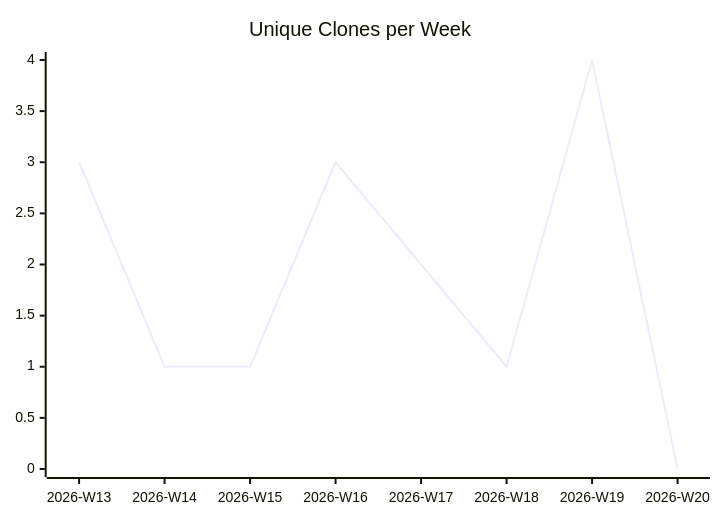
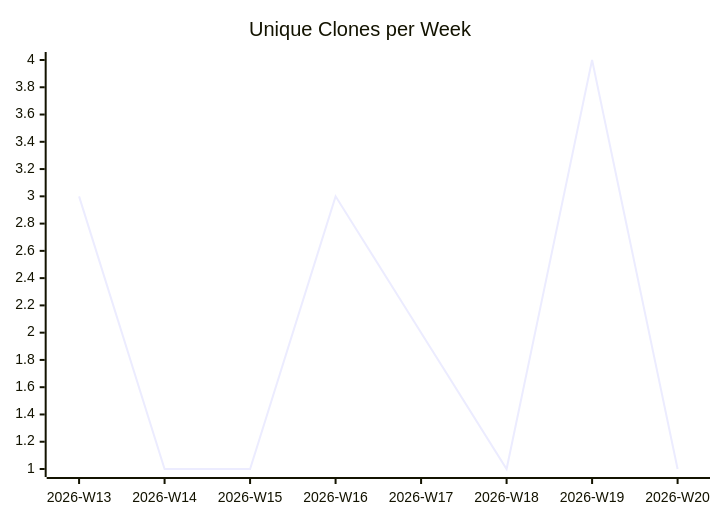
One commit to justdavis-family/github-analytics-data changed the third of 3 diagrams in karlmdavis/test-repo-for-move/README.md. Above: the diagram before and after it, drawn with Mermaid. The commit also changed other lines of this file and 192 other files, not shown here.

````diff
--- a/karlmdavis/test-repo-for-move/README.md
+++ b/karlmdavis/test-repo-for-move/README.md
@@ -19,6 +19,6 @@
 ```mermaid
 xychart-beta
   title "Unique Clones per Week"
   x-axis ["2026-W13", "2026-W14", "2026-W15", "2026-W16", "2026-W17", "2026-W18", "2026-W19", "2026-W20"]
-  line [3, 1, 1, 3, 2, 1, 4, 0]
+  line [3, 1, 1, 3, 2, 1, 4, 1]
 ```
````
